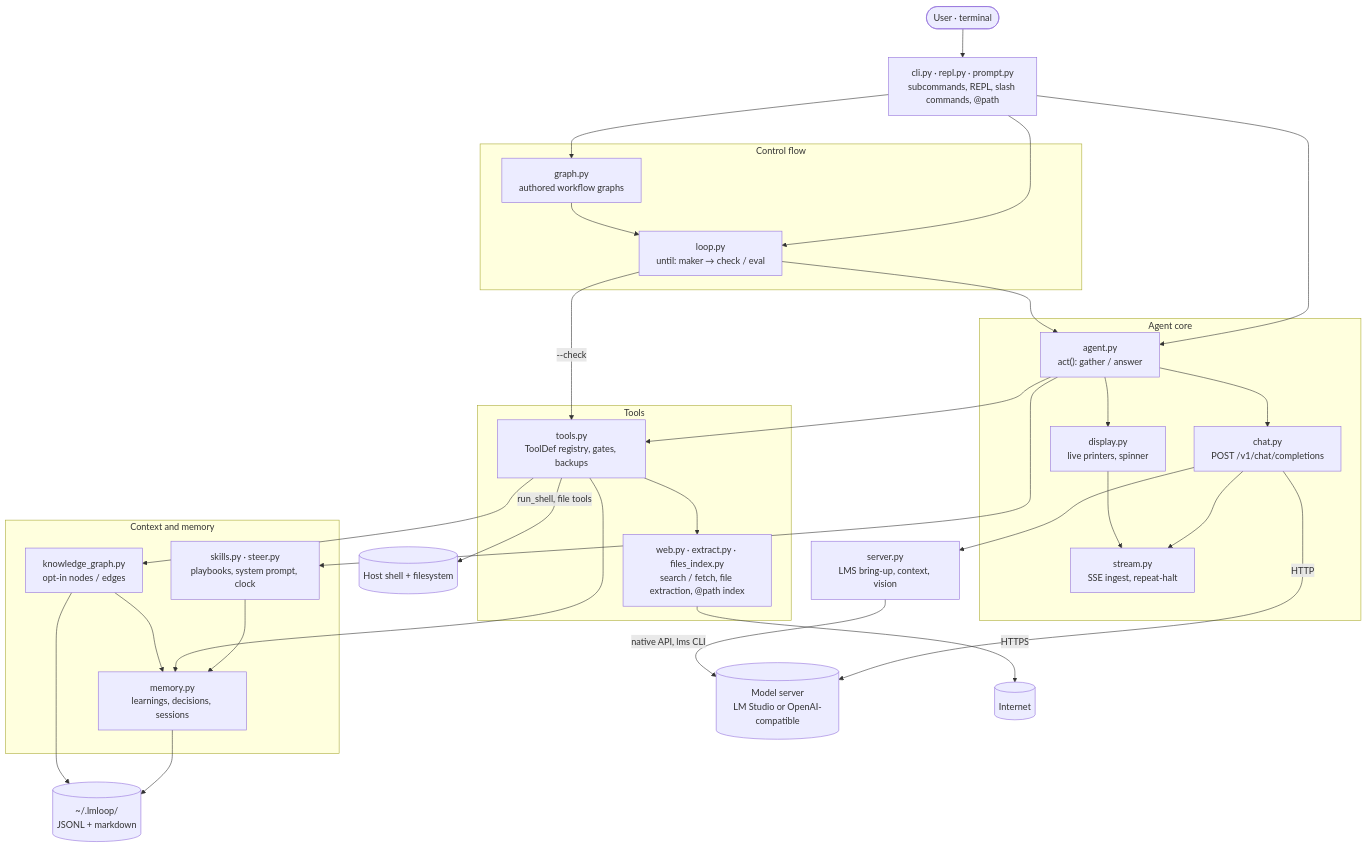
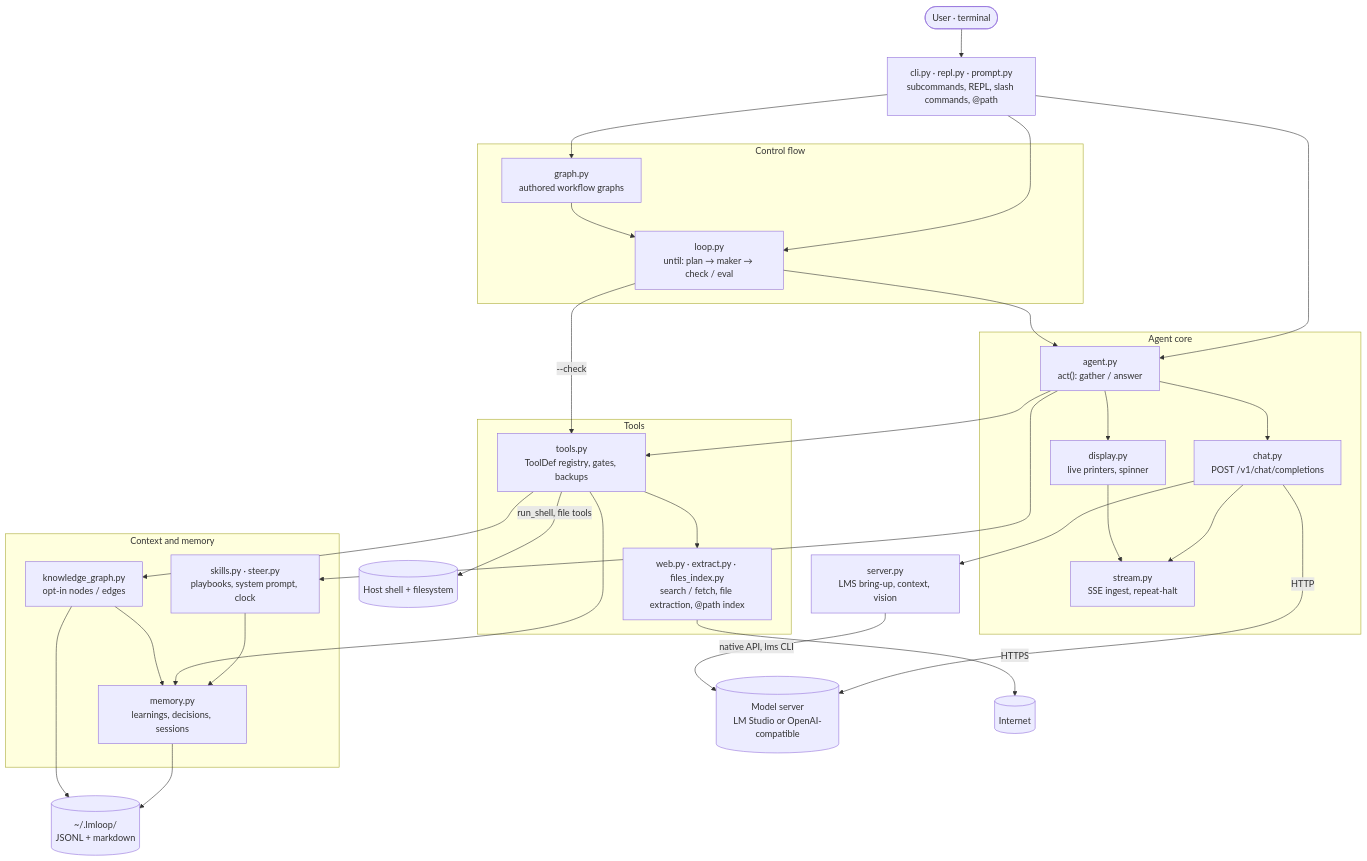
The first of 4 diagrams in lmloop/docs/ARCHITECTURE.md (XD-Builder/environment-setup), drawn with Mermaid before and after one commit. The commit also changed other lines of this file and 17 other files, not shown here.

First line of the commit message:
Derive until check plans from plain-language goals (#45)

````diff
--- a/lmloop/docs/ARCHITECTURE.md
+++ b/lmloop/docs/ARCHITECTURE.md
@@ -89,62 +90,62 @@
 ```mermaid
 flowchart TB
   user(["User · terminal"])
   entry["cli.py · repl.py · prompt.py<br/>subcommands, REPL, slash commands, @path"]
 
   subgraph control["Control flow"]
     graphpy["graph.py<br/>authored workflow graphs"]
-    loop["loop.py<br/>until: maker → check / eval"]
+    loop["loop.py<br/>until: plan → maker → check / eval"]
   end
 
   subgraph core["Agent core"]
     agent["agent.py<br/>act(): gather / answer"]
     chat["chat.py<br/>POST /v1/chat/completions"]
     display["display.py<br/>live printers, spinner"]
     stream["stream.py<br/>SSE ingest, repeat-halt"]
   end
 
   subgraph ctx["Context and memory"]
     skills["skills.py · steer.py<br/>playbooks, system prompt, clock"]
     memory["memory.py<br/>learnings, decisions, sessions"]
     kg["knowledge_graph.py<br/>opt-in nodes / edges"]
   end
 
   subgraph caps["Tools"]
     tools["tools.py<br/>ToolDef registry, gates, backups"]
     helpers["web.py · extract.py · files_index.py<br/>search / fetch, file extraction, @path index"]
   end
 
   server["server.py<br/>LMS bring-up, context, vision"]
 
   lms[("Model server<br/>LM Studio or OpenAI-compatible")]
   host[("Host shell + filesystem")]
   net[("Internet")]
   state[("~/.lmloop/<br/>JSONL + markdown")]
 
   user --> entry
   entry --> graphpy
   entry --> loop
   entry --> agent
   graphpy --> loop
   loop --> agent
   loop -->|"--check"| tools
   agent --> skills
   agent --> chat
   agent --> display
   agent --> tools
   chat --> stream
   display --> stream
   chat --> server
   skills --> memory
   tools --> helpers
   tools --> memory
   tools --> kg
   kg --> memory
 
   chat -->|"HTTP"| lms
   server -->|"native API, lms CLI"| lms
   tools -->|"run_shell, file tools"| host
   helpers -->|"HTTPS"| net
   memory --> state
   kg --> state
 ```
````
